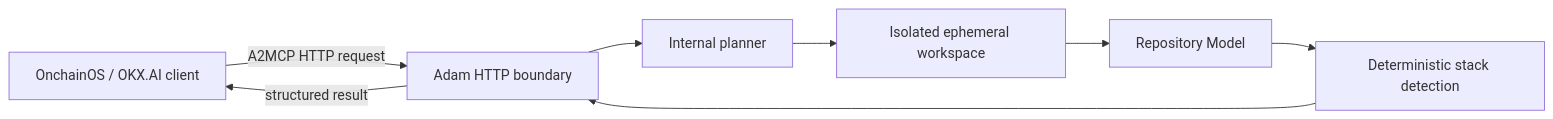
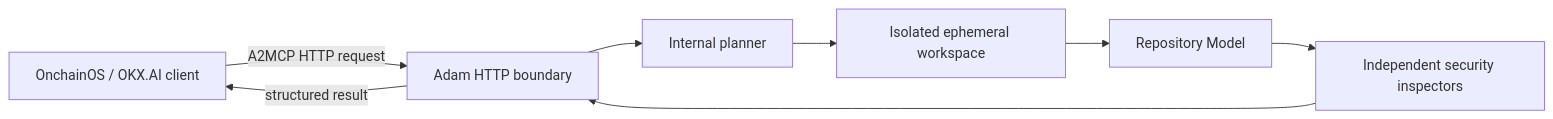
Before and after one commit to onchaindc/Adam: the diagram in README.md, drawn with Mermaid. The commit also changed other lines of this file and 26 other files, not shown here.

````diff
--- a/README.md
+++ b/README.md
@@ -77,17 +80,17 @@
 ```mermaid
 flowchart LR
     Client["OnchainOS / OKX.AI client"]
     API["Adam HTTP boundary"]
     Planner["Internal planner"]
     Workspace["Isolated ephemeral workspace"]
     RepositoryModel["Repository Model"]
-    Stack["Deterministic stack detection"]
+    Inspectors["Independent security inspectors"]
 
     Client -->|"A2MCP HTTP request"| API
     API --> Planner
     Planner --> Workspace
     Workspace --> RepositoryModel
-    RepositoryModel --> Stack
-    Stack --> API
+    RepositoryModel --> Inspectors
+    Inspectors --> API
     API -->|"structured result"| Client
 ```
````
